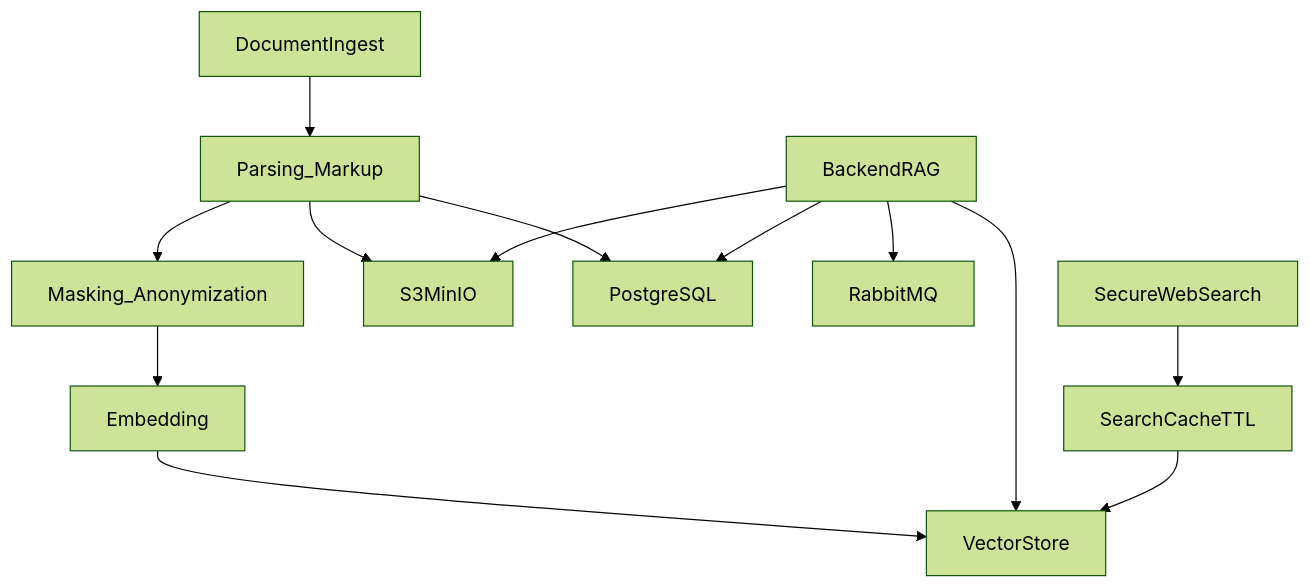
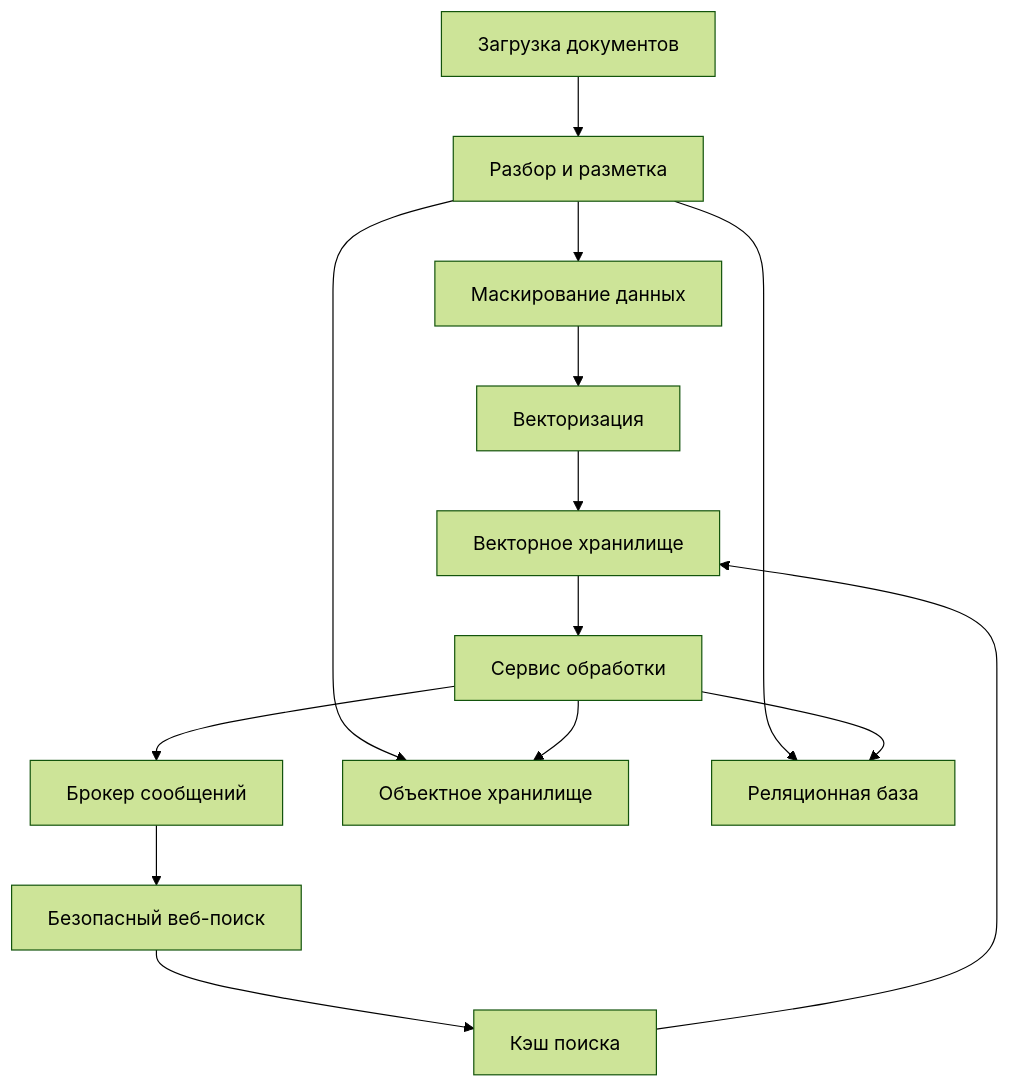
One commit to Trump68/infra changed the third of 5 diagrams in TZ/3.Описание архитектуры и технических средств.md. Above: the diagram before and after it, drawn with Mermaid (forest theme). The commit also changed other lines of this file, not shown here.

First line of the commit message:
docs: update Фармадок architecture documentation with new diagrams and terminology enhancements

````diff
--- a/TZ/3.Описание архитектуры и технических средств.md
+++ b/TZ/3.Описание архитектуры и технических средств.md
@@ -160,15 +172,17 @@
 ```mermaid
-flowchart TB
-  Ingest["DocumentIngest"] --> Parse["Parsing_Markup"]
-  Parse --> Mask["Masking_Anonymization"]
-  Mask --> Embed["Embedding"]
-  Embed --> VecData["VectorStore"]
-  Parse --> ObjData["S3MinIO"]
-  Parse --> PgData["PostgreSQL"]
-  AppData["BackendRAG"] --> VecData
+flowchart TD
+  Ingest["Загрузка документов"] --> Parse["Разбор и разметка"]
+  Parse --> Mask["Маскирование данных"]
+  Mask --> Embed["Векторизация"]
+  Embed --> VecData["Векторное хранилище"]
+  VecData --> AppData["Сервис обработки"]
+  AppData --> QueueData["Брокер сообщений"]
+  QueueData --> WebSearch["Безопасный веб-поиск"]
+  WebSearch --> CacheData["Кэш поиска"]
+  CacheData --> VecData
+
+  Parse --> ObjData["Объектное хранилище"]
+  Parse --> PgData["Реляционная база"]
   AppData --> PgData
   AppData --> ObjData
-  AppData --> QueueData["RabbitMQ"]
-  WebSearch["SecureWebSearch"] --> CacheData["SearchCacheTTL"]
-  CacheData --> VecData
 ```
````
